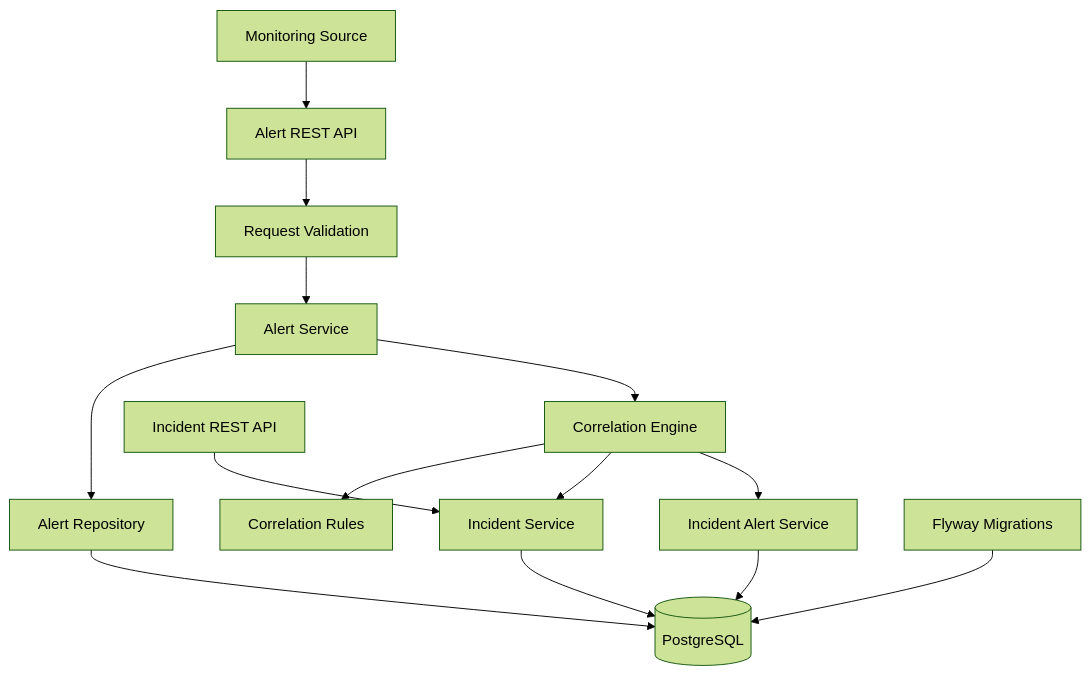
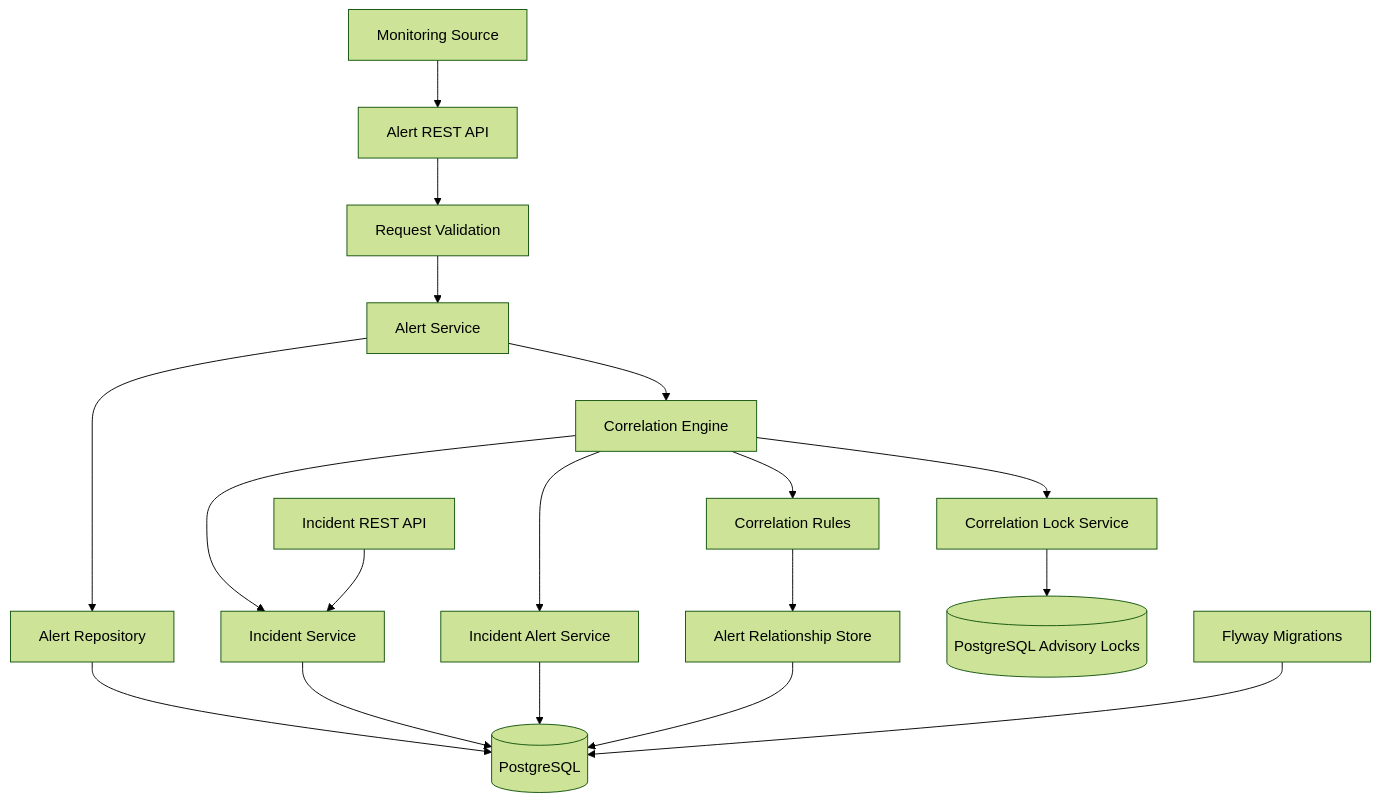
One commit to Ashan-Dissanayake/alert-fatigue-reducer changed the diagram in README.md. Above: the diagram before and after it, drawn with Mermaid (forest theme). The commit also changed other lines of this file, not shown here.

Commit message:
docs: document correlation concurrency and configuration

````diff
--- a/README.md
+++ b/README.md
@@ -55,16 +57,20 @@
 ```mermaid
 flowchart TD
     A[Monitoring Source] --> B[Alert REST API]
     B --> C[Request Validation]
     C --> D[Alert Service]
     D --> E[Alert Repository]
     D --> F[Correlation Engine]
     F --> G[Correlation Rules]
-    F --> H[Incident Service]
-    F --> I[Incident Alert Service]
-    H --> J[(PostgreSQL)]
-    E --> J
-    I --> J
-    K[Incident REST API] --> H
-    L[Flyway Migrations] --> J
+    F --> H[Correlation Lock Service]
+    F --> I[Incident Service]
+    F --> J[Incident Alert Service]
+    G --> K[Alert Relationship Store]
+    H --> L[(PostgreSQL Advisory Locks)]
+    E --> M[(PostgreSQL)]
+    I --> M
+    J --> M
+    K --> M
+    N[Incident REST API] --> I
+    O[Flyway Migrations] --> M
 ```
````
